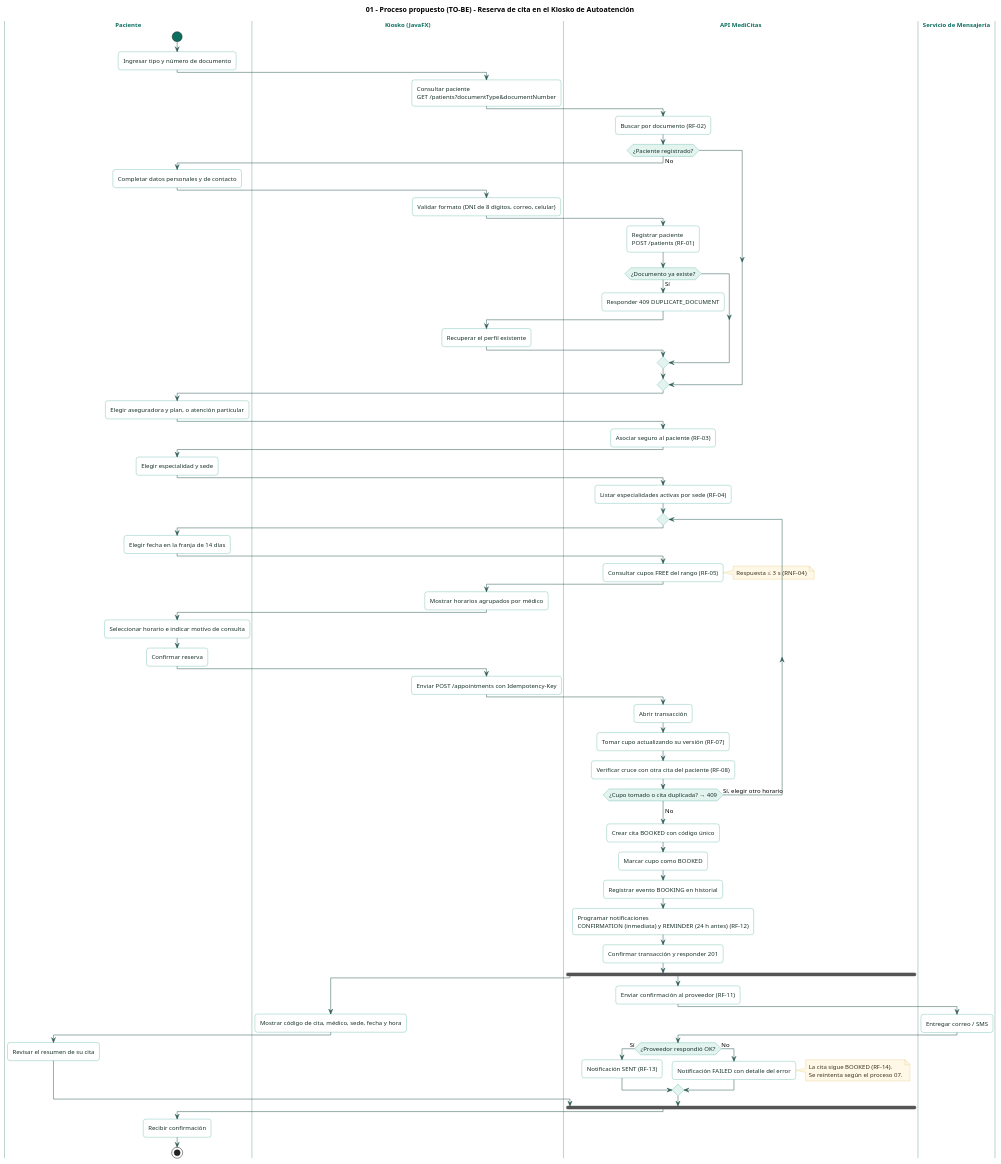
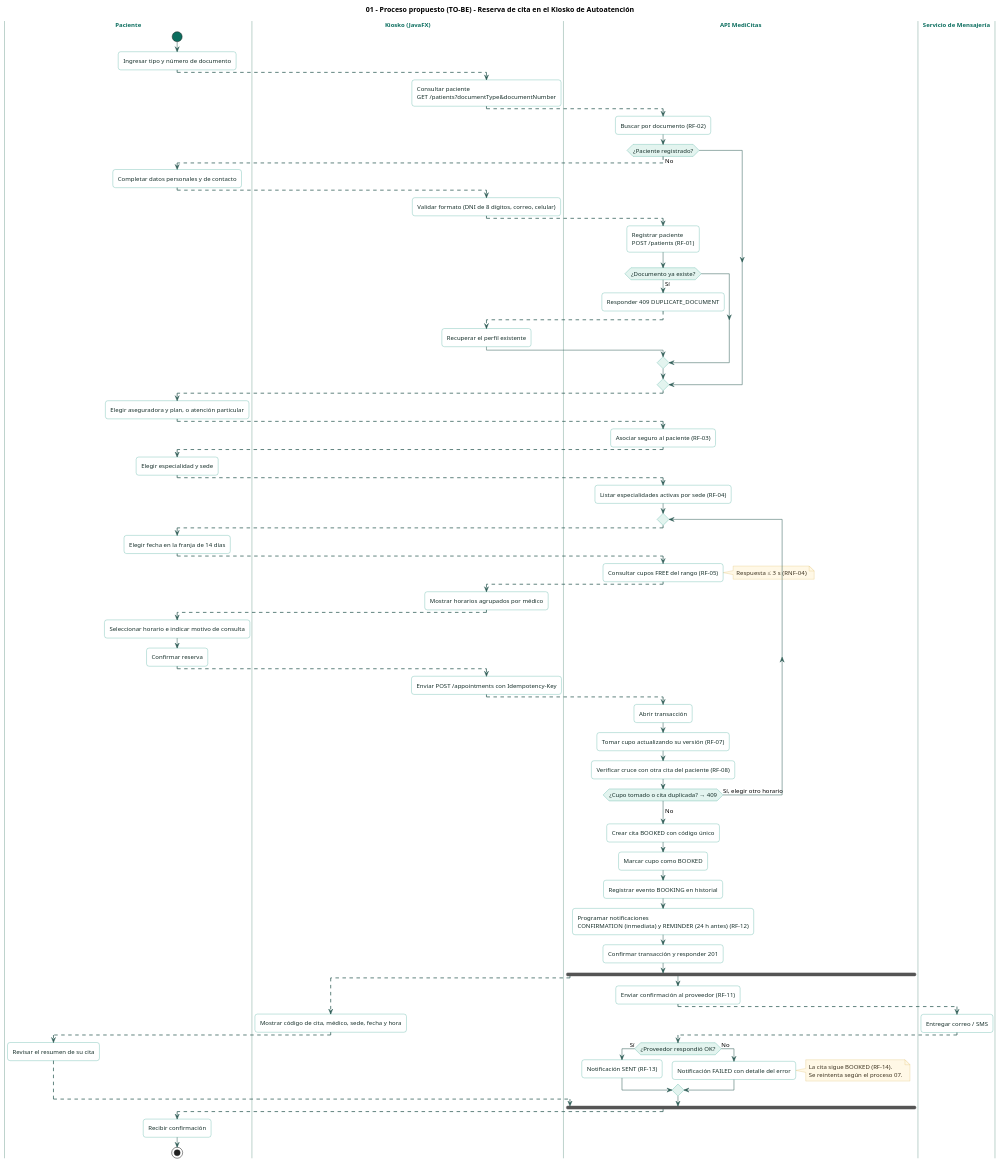
Before and after one commit to Jimena-CC/ProyectoCitasMedicas: the diagram in docs/diagrams/01-process-proposed.puml, drawn with PlantUML. The commit also changed 20 other files, not shown here.

```diff
--- a/docs/diagrams/01-process-proposed.puml
+++ b/docs/diagrams/01-process-proposed.puml
@@ -1,118 +1,136 @@
 @startuml
 title 01 - Proceso propuesto (TO-BE) - Reserva de cita en el Kiosko de Autoatención
 
 skinparam shadowing false
 skinparam roundCorner 10
 skinparam defaultFontName "Helvetica"
 skinparam defaultFontSize 12
 skinparam ArrowColor #2F5D56
 skinparam SwimlaneBorderColor #A9C4BD
 skinparam SwimlaneTitleFontColor #0C6E5F
 skinparam SwimlaneTitleFontStyle bold
 skinparam activity {
   BackgroundColor #FFFFFF
   BorderColor #13917D
   FontColor #17302B
   DiamondBackgroundColor #E3F4EF
   DiamondBorderColor #13917D
   StartColor #0C6E5F
   EndColor #0C6E5F
 }
 skinparam note {
   BackgroundColor #FFF8E6
   BorderColor #D9B45A
   FontColor #3D3321
 }
 
 |Paciente|
 start
 :Ingresar tipo y número de documento;
 
 |Kiosko (JavaFX)|
-:Consultar paciente
-GET /patients?documentType&documentNumber;
+-[dashed]->
+:Consultar paciente\nGET /patients?documentType&documentNumber;
 
 |API MediCitas|
+-[dashed]->
 :Buscar por documento (RF-02);
 
 if (¿Paciente registrado?) then (No)
   |Paciente|
+  -[dashed]->
   :Completar datos personales y de contacto;
   |Kiosko (JavaFX)|
+  -[dashed]->
   :Validar formato (DNI de 8 dígitos, correo, celular);
   |API MediCitas|
-  :Registrar paciente
-  POST /patients (RF-01);
+  -[dashed]->
+  :Registrar paciente\nPOST /patients (RF-01);
   if (¿Documento ya existe?) then (Sí)
     :Responder 409 DUPLICATE_DOCUMENT;
     |Kiosko (JavaFX)|
+    -[dashed]->
     :Recuperar el perfil existente;
   endif
 endif
 
 |Paciente|
+-[dashed]->
 :Elegir aseguradora y plan, o atención particular;
 |API MediCitas|
+-[dashed]->
 :Asociar seguro al paciente (RF-03);
 
 |Paciente|
+-[dashed]->
 :Elegir especialidad y sede;
 |API MediCitas|
+-[dashed]->
 :Listar especialidades activas por sede (RF-04);
 
 repeat
   |Paciente|
+  -[dashed]->
   :Elegir fecha en la franja de 14 días;
   |API MediCitas|
+  -[dashed]->
   :Consultar cupos FREE del rango (RF-05);
   note right: Respuesta ≤ 3 s (RNF-04)
   |Kiosko (JavaFX)|
+  -[dashed]->
   :Mostrar horarios agrupados por médico;
   |Paciente|
+  -[dashed]->
   :Seleccionar horario e indicar motivo de consulta;
   :Confirmar reserva;
   |Kiosko (JavaFX)|
+  -[dashed]->
   :Enviar POST /appointments con Idempotency-Key;
   |API MediCitas|
+  -[dashed]->
   :Abrir transacción;
   :Tomar cupo actualizando su versión (RF-07);
   :Verificar cruce con otra cita del paciente (RF-08);
-  |API MediCitas|
 repeat while (¿Cupo tomado o cita duplicada? → 409) is (Sí, elegir otro horario)
 ->No;
 
 |API MediCitas|
 :Crear cita BOOKED con código único;
 :Marcar cupo como BOOKED;
 :Registrar evento BOOKING en historial;
-:Programar notificaciones
-CONFIRMATION (inmediata) y REMINDER (24 h antes) (RF-12);
+:Programar notificaciones\nCONFIRMATION (inmediata) y REMINDER (24 h antes) (RF-12);
 :Confirmar transacción y responder 201;
 
 fork
   |Kiosko (JavaFX)|
+  -[dashed]->
   :Mostrar código de cita, médico, sede, fecha y hora;
   |Paciente|
+  -[dashed]->
   :Revisar el resumen de su cita;
+  -[dashed]->
 fork again
   |API MediCitas|
   :Enviar confirmación al proveedor (RF-11);
   |Servicio de Mensajería|
+  -[dashed]->
   :Entregar correo / SMS;
   |API MediCitas|
+  -[dashed]->
   if (¿Proveedor respondió OK?) then (Sí)
     :Notificación SENT (RF-13);
   else (No)
     :Notificación FAILED con detalle del error;
     note right
       La cita sigue BOOKED (RF-14).
       Se reintenta según el proceso 07.
     end note
   endif
 end fork
 
 |Paciente|
+-[dashed]->
 :Recibir confirmación;
 stop
 
 @enduml
```
